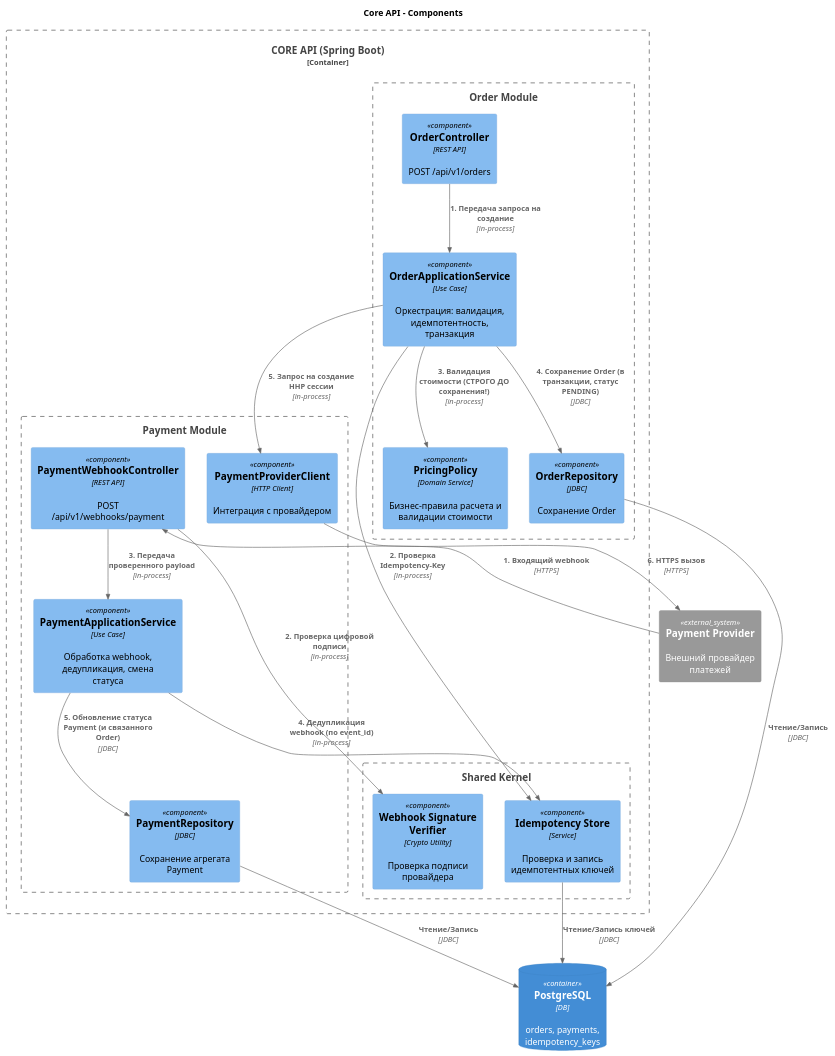
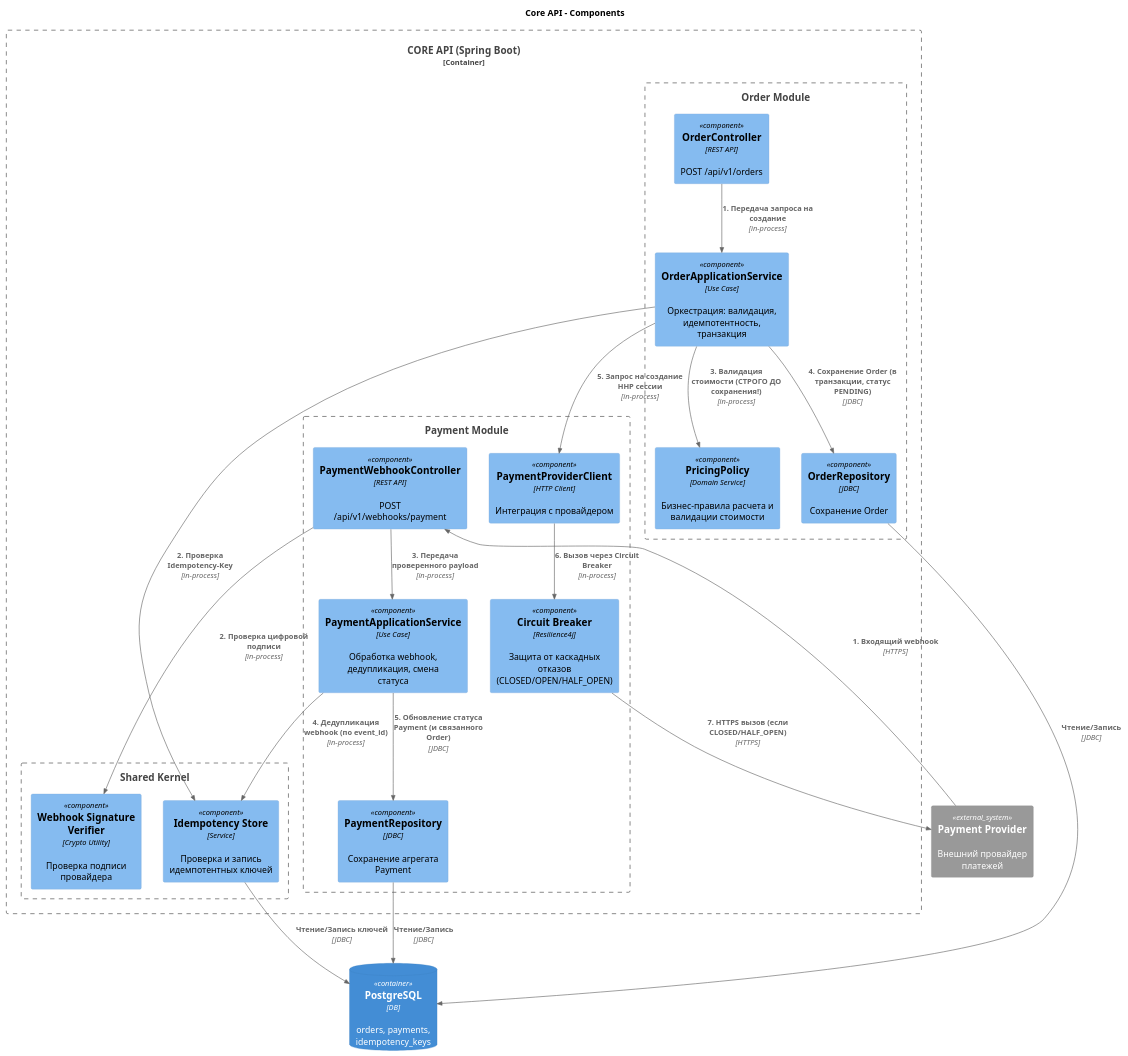
One commit to Adsimka/order-system-architecture changed the diagram in docs/diagrams/c4/component/orders-api-component.puml. Above: the diagram before and after it, drawn with PlantUML. The commit also changed 5 other files, not shown here.

```diff
--- a/docs/diagrams/c4/component/orders-api-component.puml
+++ b/docs/diagrams/c4/component/orders-api-component.puml
@@ -1,44 +1,46 @@
 @startuml
 
 !include https://raw.githubusercontent.com/plantuml-stdlib/C4-PlantUML/v2.12.0/C4_Component.puml
 
 title Core API - Components
 
 ContainerDb(db, "PostgreSQL", "DB", "orders, payments, idempotency_keys")
 System_Ext(paymentProvider, "Payment Provider", "Внешний провайдер платежей")
 
 Container_Boundary(core, "CORE API (Spring Boot)") {
     Boundary(shared, "Shared Kernel") {
         Component(idempotencyStore, "Idempotency Store", "Service", "Проверка и запись идемпотентных ключей")
         Component(sigVerifier, "Webhook Signature Verifier", "Crypto Utility", "Проверка подписи провайдера")
     }
     Boundary(orderMod, "Order Module") {
         Component(orderApi, "OrderController", "REST API", "POST /api/v1/orders")
         Component(orderApp, "OrderApplicationService", "Use Case", "Оркестрация: валидация, идемпотентность, транзакция")
         Component(pricingPolicy, "PricingPolicy", "Domain Service", "Бизнес-правила расчета и валидации стоимости")
         Component(orderRepo, "OrderRepository", "JDBC", "Сохранение Order")
     }
     Boundary(paymentMod, "Payment Module") {
         Component(webhookApi, "PaymentWebhookController", "REST API", "POST /api/v1/webhooks/payment")
         Component(paymentApp, "PaymentApplicationService", "Use Case", "Обработка webhook, дедупликация, смена статуса")
+        Component(circuitBreaker, "Circuit Breaker", "Resilience4j", "Защита от каскадных отказов (CLOSED/OPEN/HALF_OPEN)")
         Component(paymentClient, "PaymentProviderClient", "HTTP Client", "Интеграция с провайдером")
         Component(paymentRepo, "PaymentRepository", "JDBC", "Сохранение агрегата Payment")
     }
 }
 
 Rel(orderApi, orderApp, "1. Передача запроса на создание", "in-process")
 Rel(orderApp, idempotencyStore, "2. Проверка Idempotency-Key", "in-process")
 Rel(orderApp, pricingPolicy, "3. Валидация стоимости (СТРОГО ДО сохранения!)", "in-process")
 Rel(orderApp, orderRepo, "4. Сохранение Order (в транзакции, статус PENDING)", "JDBC")
 Rel(orderApp, paymentClient, "5. Запрос на создание HHP сессии", "in-process")
-Rel(paymentClient, paymentProvider, "6. HTTPS вызов", "HTTPS")
+Rel(paymentClient, circuitBreaker, "6. Вызов через Circuit Breaker", "in-process")
+Rel(circuitBreaker, paymentProvider, "7. HTTPS вызов (если CLOSED/HALF_OPEN)", "HTTPS")
 Rel(paymentProvider, webhookApi, "1. Входящий webhook", "HTTPS")
 Rel(webhookApi, sigVerifier, "2. Проверка цифровой подписи", "in-process")
 Rel(webhookApi, paymentApp, "3. Передача проверенного payload", "in-process")
 Rel(paymentApp, idempotencyStore, "4. Дедупликация webhook (по event_id)", "in-process")
 Rel(paymentApp, paymentRepo, "5. Обновление статуса Payment (и связанного Order)", "JDBC")
 Rel(orderRepo, db, "Чтение/Запись", "JDBC")
 Rel(paymentRepo, db, "Чтение/Запись", "JDBC")
 Rel(idempotencyStore, db, "Чтение/Запись ключей", "JDBC")
 
 @enduml
```
